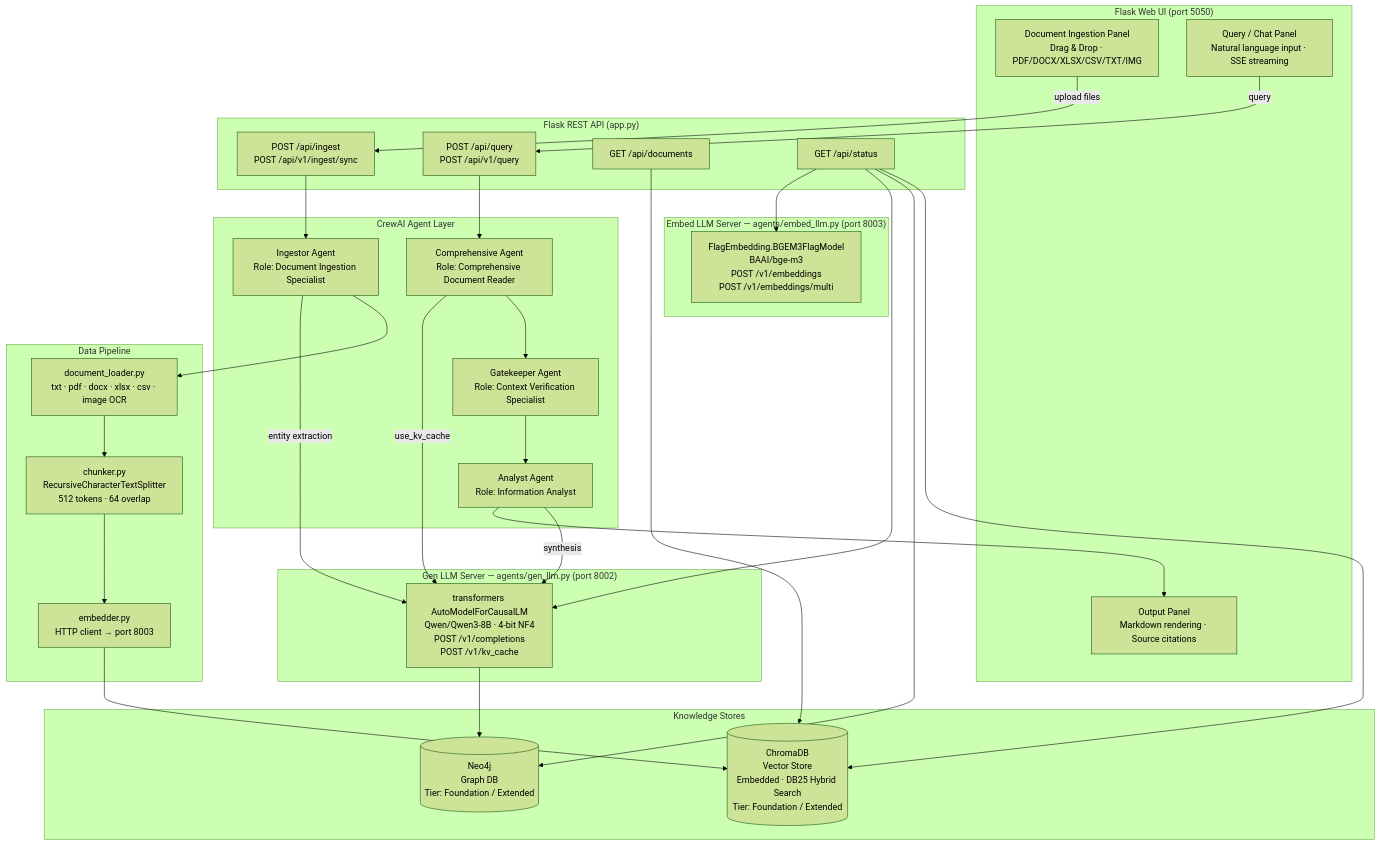
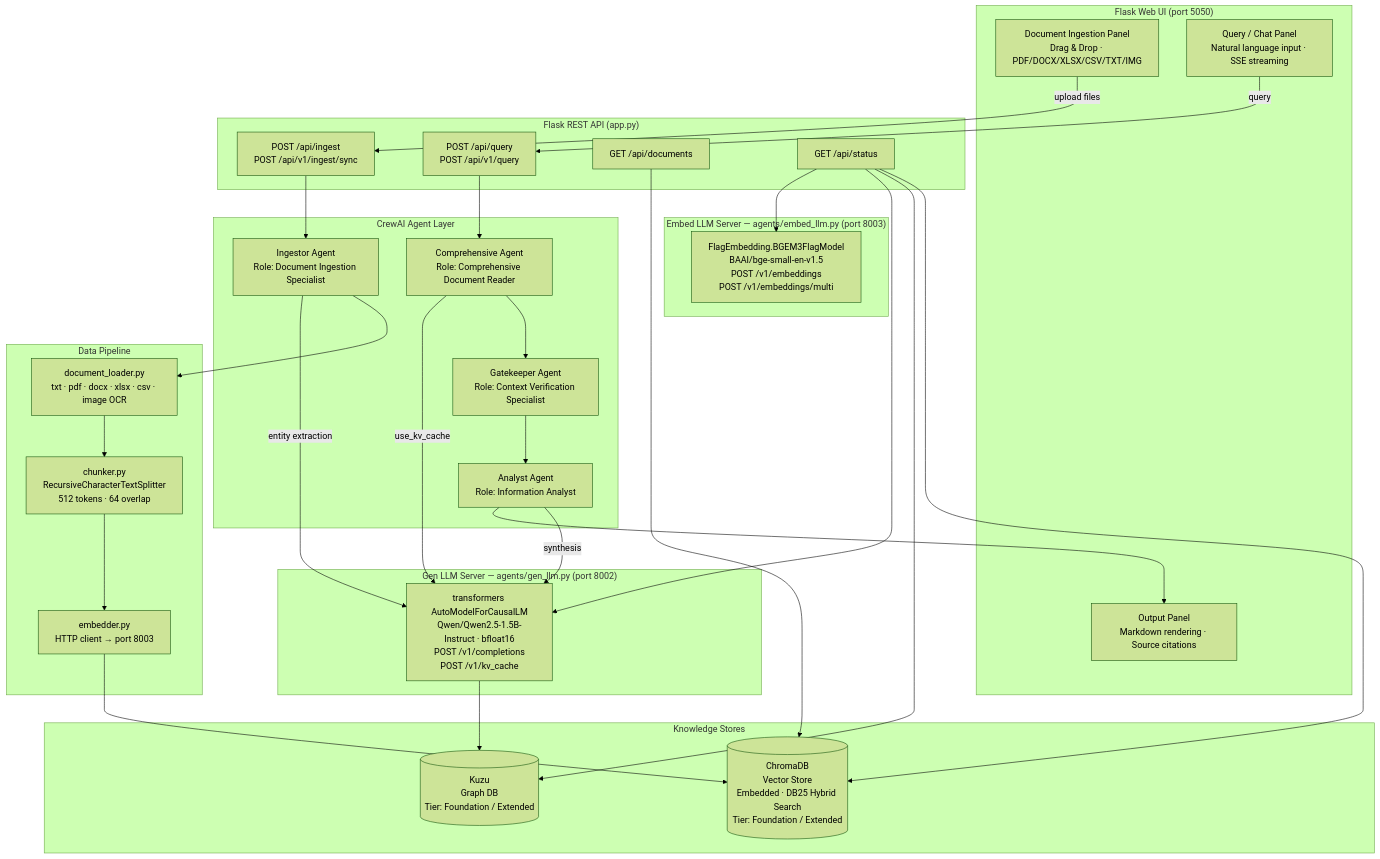
The first of 3 diagrams in HEALTHEXPERT_ARCHITECTURE_DESIGN.md (Sam-max1/healthexpert), drawn with Mermaid (forest theme) before and after one commit. The commit also changed other lines of this file and 43 other files, not shown here.

````diff
--- a/HEALTHEXPERT_ARCHITECTURE_DESIGN.md
+++ b/HEALTHEXPERT_ARCHITECTURE_DESIGN.md
@@ -9,53 +9,53 @@
 ```mermaid
 graph TB
     subgraph UI["Flask Web UI (port 5050)"]
         A[Document Ingestion Panel\nDrag & Drop · PDF/DOCX/XLSX/CSV/TXT/IMG]
         B[Query / Chat Panel\nNatural language input · SSE streaming]
         C[Output Panel\nMarkdown rendering · Source citations]
     end
 
     subgraph Backend["Flask REST API (app.py)"]
         D[POST /api/ingest\nPOST /api/v1/ingest/sync]
         E[POST /api/query\nPOST /api/v1/query]
         F[GET  /api/documents]
         G[GET  /api/status]
     end
 
     subgraph Agents["CrewAI Agent Layer"]
         H[Ingestor Agent\nRole: Document Ingestion Specialist]
         I[Comprehensive Agent\nRole: Comprehensive Document Reader]
         J[Gatekeeper Agent\nRole: Context Verification Specialist]
         K[Analyst Agent\nRole: Information Analyst]
     end
 
     subgraph Pipeline["Data Pipeline"]
         L[document_loader.py\ntxt · pdf · docx · xlsx · csv · image OCR]
         M[chunker.py\nRecursiveCharacterTextSplitter\n512 tokens · 64 overlap]
         N[embedder.py\nHTTP client → port 8003]
     end
 
     subgraph Stores["Knowledge Stores"]
         O[(ChromaDB\nVector Store\nEmbedded · DB25 Hybrid Search\nTier: Foundation / Extended)]
-        P[(Neo4j\nGraph DB\nTier: Foundation / Extended)]
+        P[(Kuzu\nGraph DB\nTier: Foundation / Extended)]
     end
 
     subgraph GenLLM["Gen LLM Server — agents/gen_llm.py (port 8002)"]
-        Q[transformers AutoModelForCausalLM\nQwen/Qwen3-8B · 4-bit NF4\nPOST /v1/completions\nPOST /v1/kv_cache]
+        Q[transformers AutoModelForCausalLM\nQwen/Qwen2.5-1.5B-Instruct · bfloat16\nPOST /v1/completions\nPOST /v1/kv_cache]
     end
 
     subgraph EmbedLLM["Embed LLM Server — agents/embed_llm.py (port 8003)"]
-        R[FlagEmbedding.BGEM3FlagModel\nBAAI/bge-m3\nPOST /v1/embeddings\nPOST /v1/embeddings/multi]
+        R[FlagEmbedding.BGEM3FlagModel\nBAAI/bge-small-en-v1.5\nPOST /v1/embeddings\nPOST /v1/embeddings/multi]
     end
 
     A -->|upload files| D
     B -->|query| E
     D --> H
     E --> I --> J --> K
     H --> L --> M --> N --> O
     H -->|entity extraction| Q --> P
     I -->|use_kv_cache| Q
     K -->|synthesis| Q
     K --> C
     F --> O
     G --> O & P & Q & R
 ```
````
